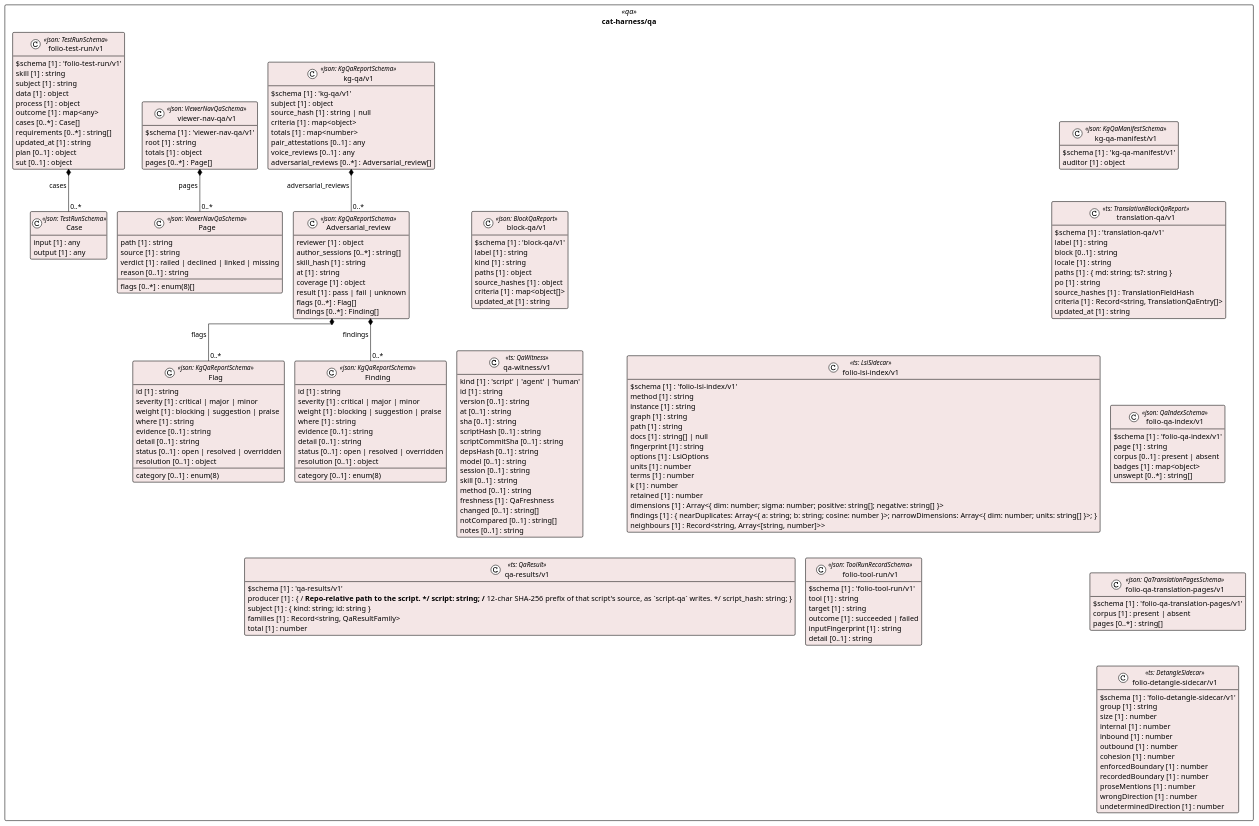
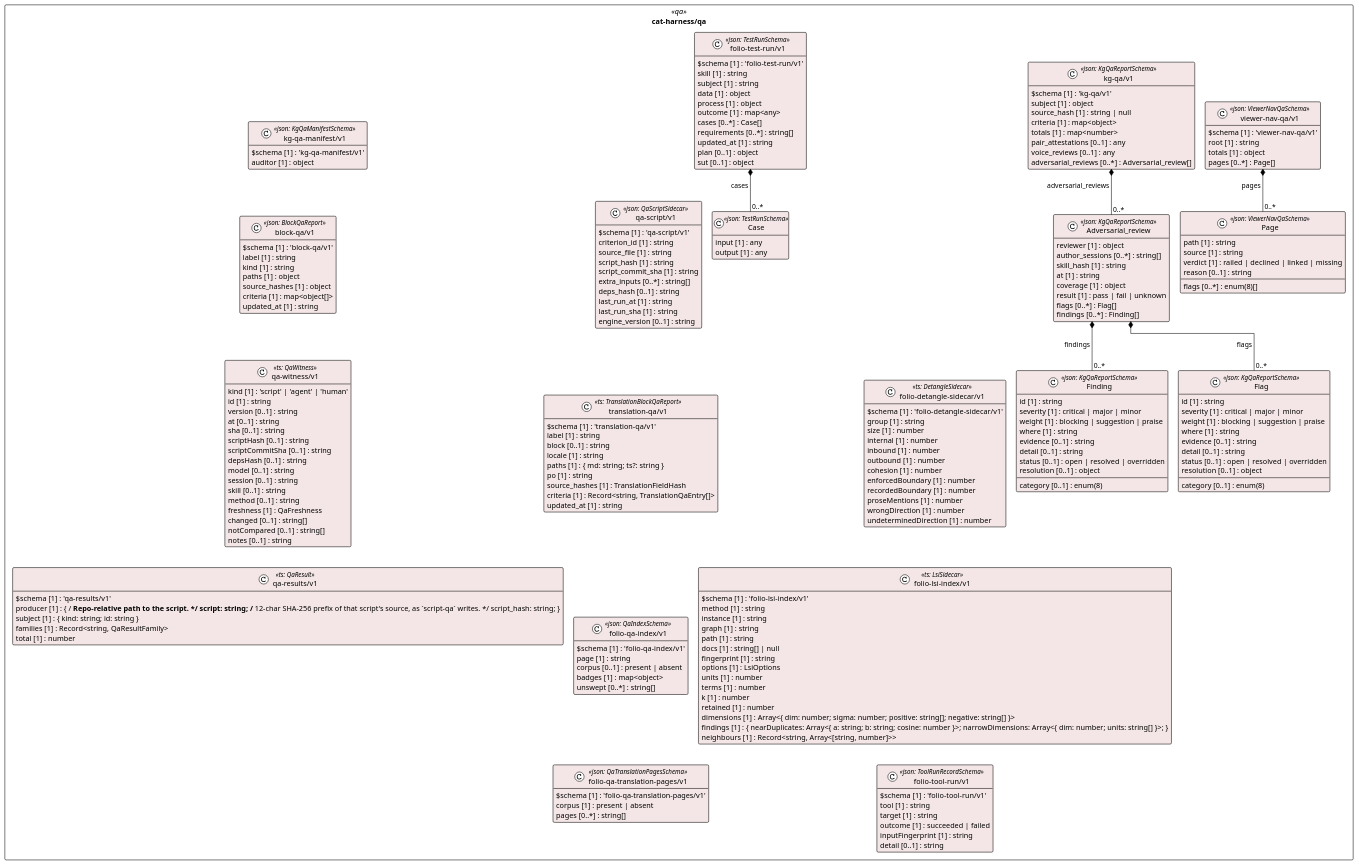
The diagram in uml/overview/cat-harness/qa.puml (litlfred/cat-harness), drawn with PlantUML before and after one commit. The commit also changed 404 other files, not shown here.

```diff
--- a/uml/overview/cat-harness/qa.puml
+++ b/uml/overview/cat-harness/qa.puml
@@ -106,6 +106,18 @@
     families [1] : Record<string, QaResultFamily>
     total [1] : number
   }
+  class "qa-script/v1" as cat_harness_qa_qa_script_v1_qa_script_v1 <<json: QaScriptSidecar>> #f4e6e6 {
+    $schema [1] : 'qa-script/v1'
+    criterion_id [1] : string
+    source_file [1] : string
+    script_hash [1] : string
+    script_commit_sha [1] : string
+    extra_inputs [0..*] : string[]
+    deps_hash [0..1] : string
+    last_run_at [1] : string
+    last_run_sha [1] : string
+    engine_version [0..1] : string
+  }
   class "translation-qa/v1" as cat_harness_qa_translation_qa_v1 <<ts: TranslationBlockQaReport>> #f4e6e6 {
     $schema [1] : 'translation-qa/v1'
     label [1] : string
```
